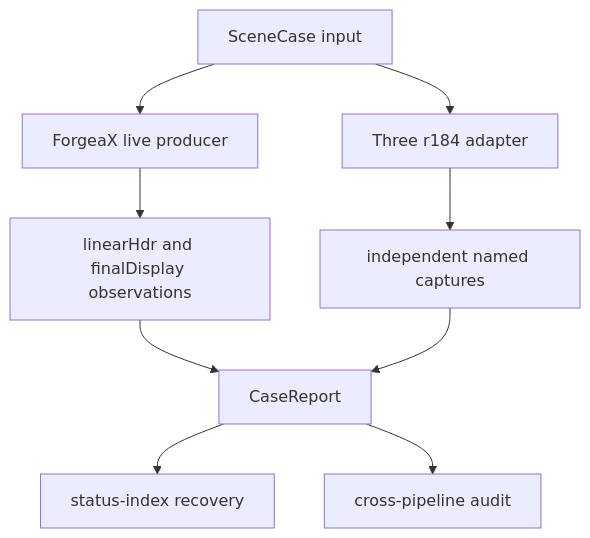
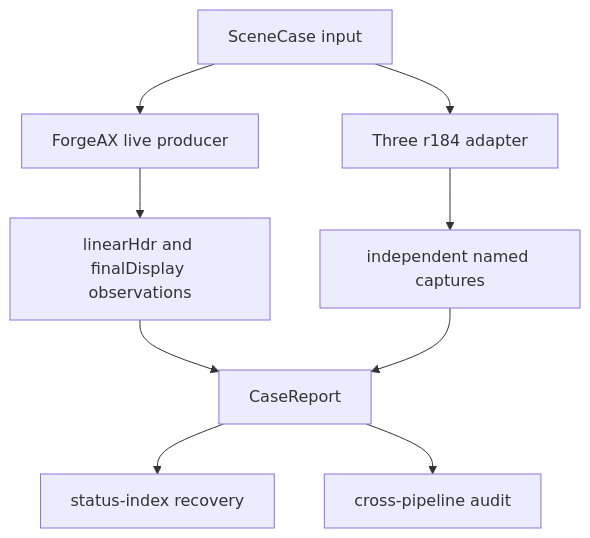
Before and after one commit to ForgeAX/forgeax-engine: the first of 2 diagrams in apps/parity/color-lighting/README.md, drawn with Mermaid. The commit also changed other lines of this file and 539 other files, not shown here.

````diff
--- a/apps/parity/color-lighting/README.md
+++ b/apps/parity/color-lighting/README.md
@@ -162,11 +162,11 @@
 ```mermaid
 flowchart TD
-    A["SceneCase input"] --> B["ForgeaX live producer"]
+    A["SceneCase input"] --> B["ForgeAX live producer"]
     A --> C["Three r184 adapter"]
     B --> D["linearHdr and finalDisplay observations"]
     C --> E["independent named captures"]
     D --> F["CaseReport"]
     E --> F
     F --> G["status-index recovery"]
     F --> H["cross-pipeline audit"]
 ```
````
